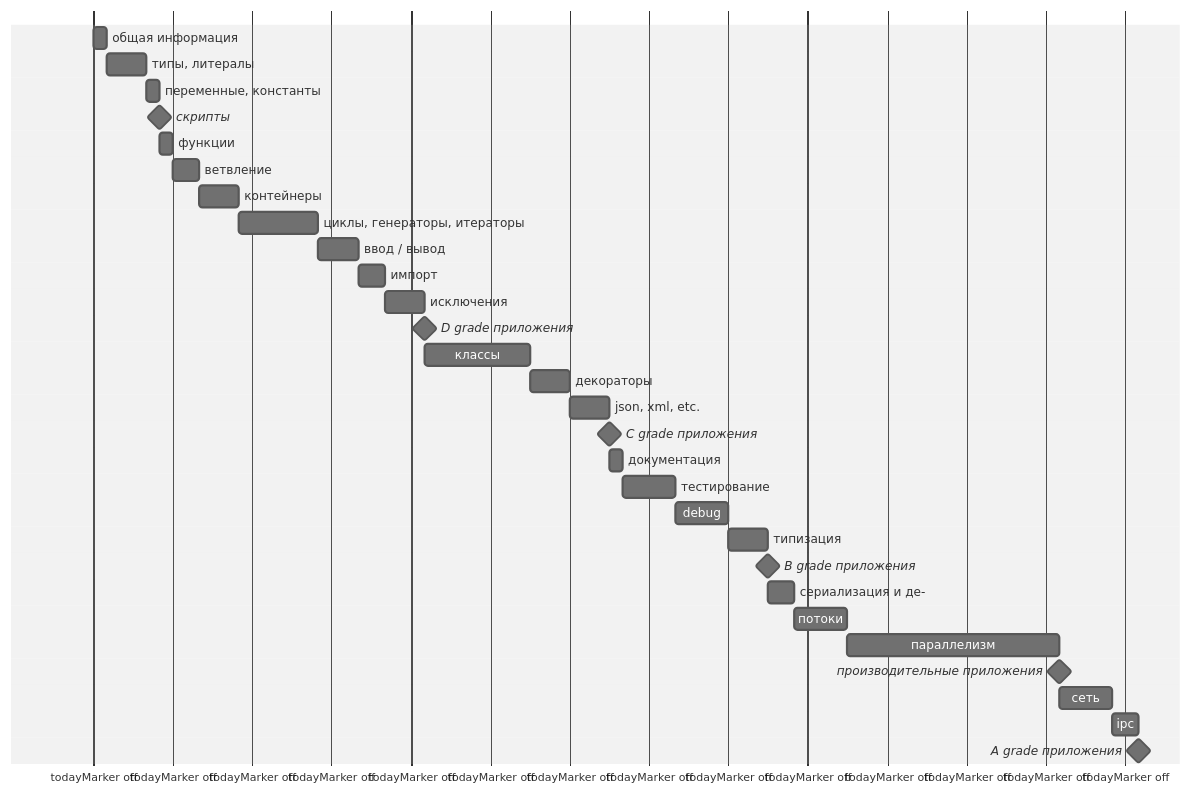
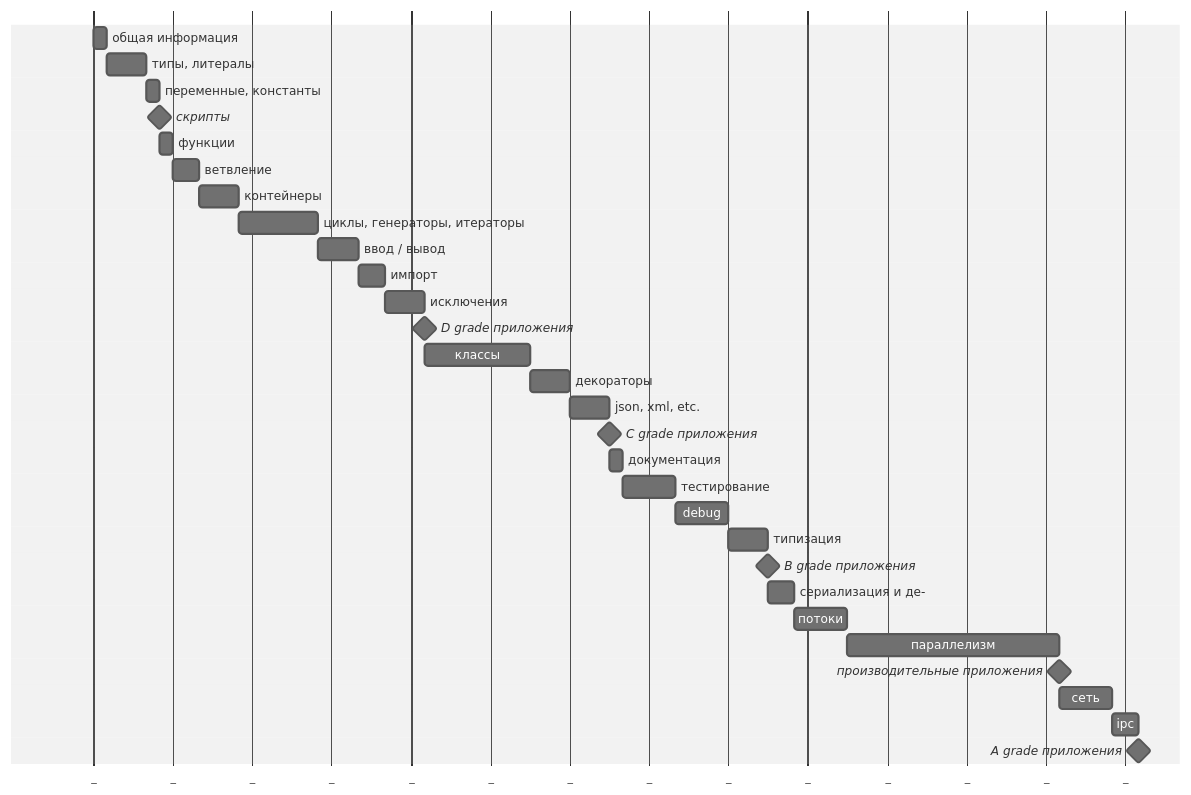
One commit to maxja/pythonic changed the diagram in README.ru.md. Above: the diagram before and after it, drawn with Mermaid. The commit also changed other lines of this file and 1 other file, not shown here.

Commit message:
docs(readme): correct references and mermaid attributes

````diff
--- a/README.ru.md
+++ b/README.ru.md
@@ -17,36 +17,36 @@
 ```mermaid
 %%{init: {'theme':'neutral'}}%%
 gantt
   dateFormat off
-  axisFormat
+  axisFormat _
   todayMarker off
 
   общая информация 				:general, 	2023-12-02, 1h
   типы, литералы 				:types, 		after general, 3h
   переменные, константы 			:var_const, after types, 1h
   скрипты 						:milestone, m1
   функции                       :def, 		after var_const, 1h
   ветвление 						:branching, after def, 2h
   контейнеры 					:containers, after branching, 3h
   циклы, генераторы, итераторы 	:loops, 		after containers, 6h
   ввод / вывод 					:io, 		after loops, 3h
   импорт 						:import, 	after io, 2h
   исключения 					:exceptions, after import, 3h
   D grade приложения 			:milestone, m2
   классы 						:class, 		after exceptions, 8h
   декораторы                    :decorators, after class, 3h
   json, xml, etc. 				:file_formats, after decorators, 3h
   C grade приложения 					:milestone, m3
   документация 					:docs, 		after file_formats, 1h
   тестирование 					:testing, 	after docs, 4h
   debug 							:debug, 		after testing, 4h
   типизация 						:type_system, after debug, 3h
   B grade приложения 					:milestone, m4
   сериализация и де- 			:serialization, after type_system, 2h
   потоки 						:streams, 	after serialization, 4h
   параллелизм 					:concurrency, after streams, 16h
   производительные приложения 	:milestone, m5
   сеть 							:net, 		after concurrency, 4h
   ipc 							:ipc, 		after net, 2h
   A grade приложения 			:milestone, m6
 ```
````
